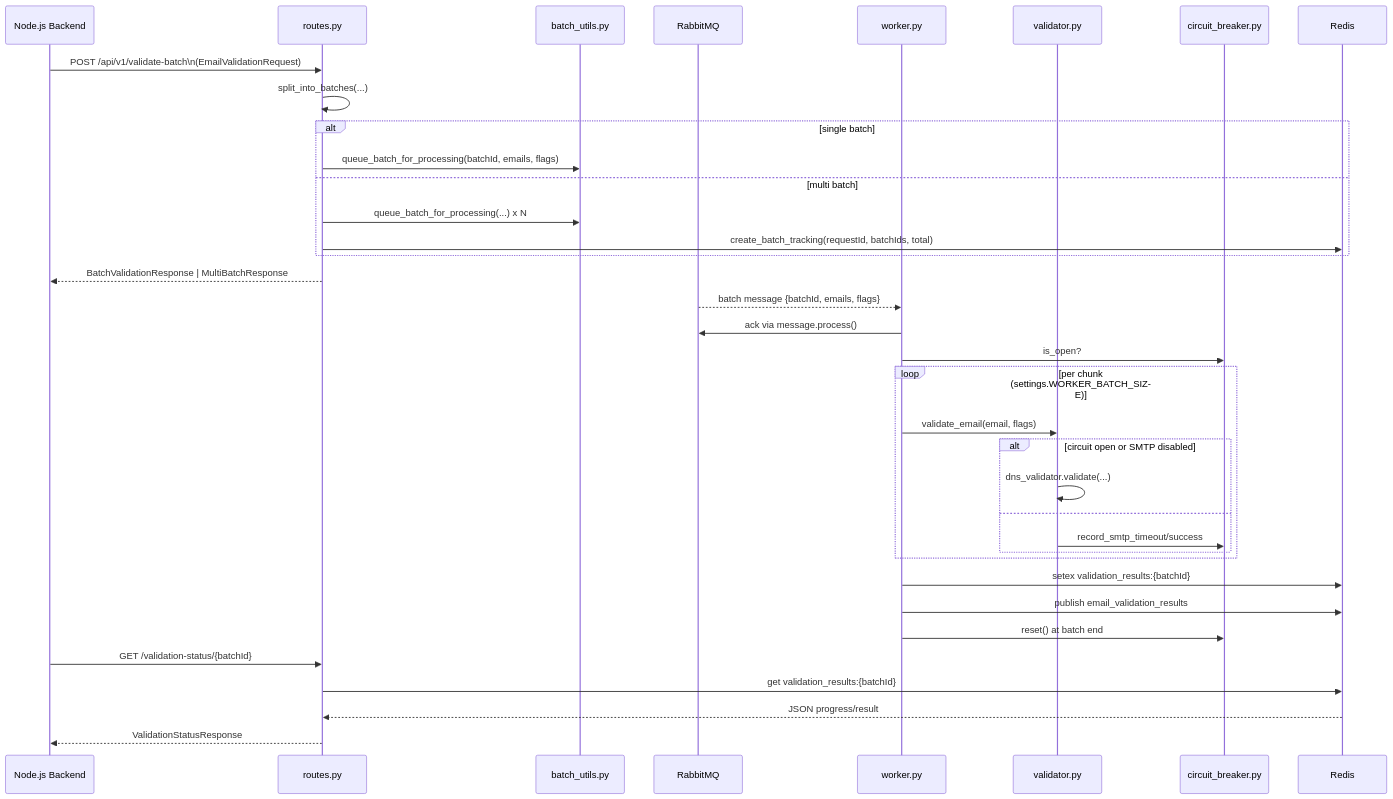
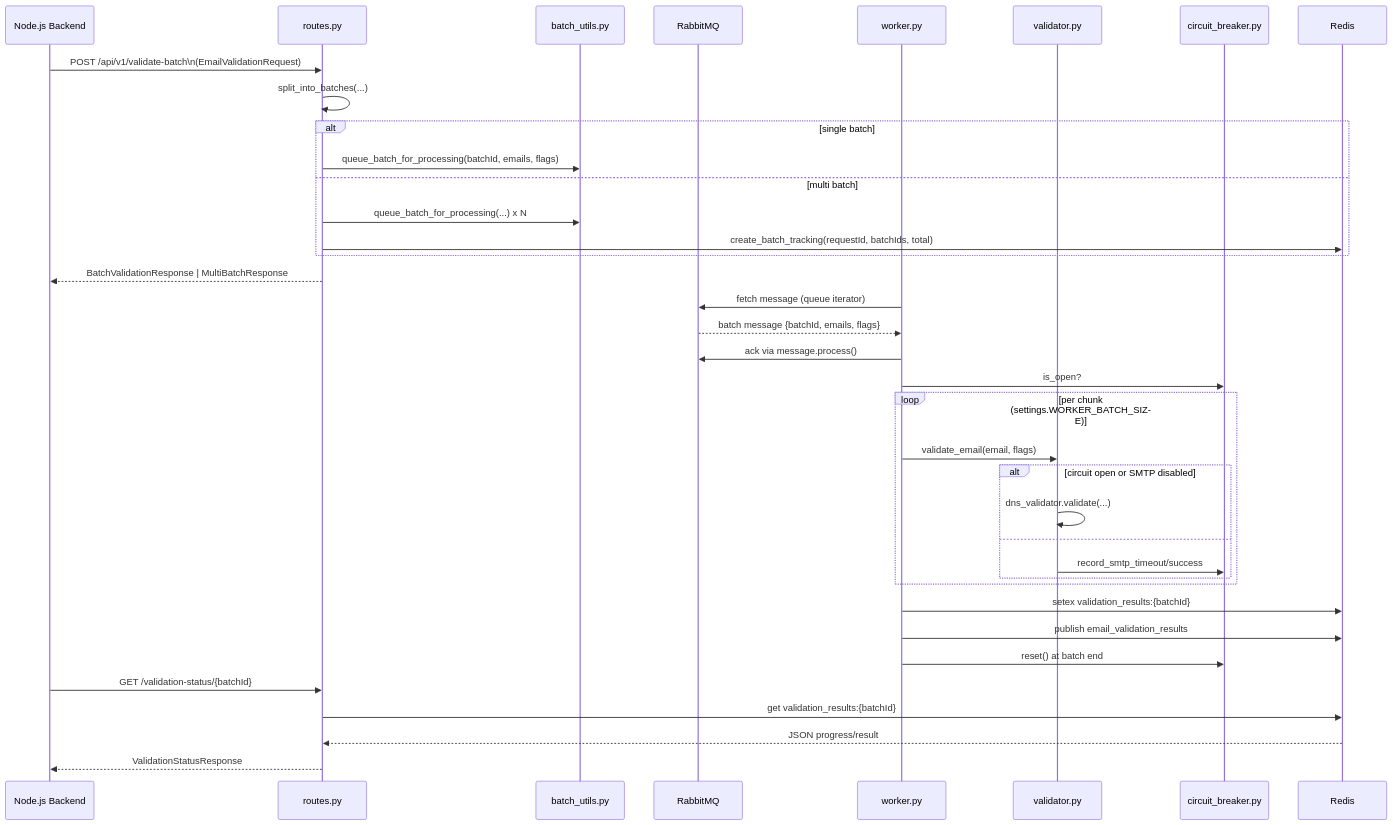
Before and after one commit to hassaanali723/tp-email-verification-tool: the second of 2 diagrams in docs/email-validation-service/overall-architecture.md, drawn with Mermaid.

Commit message:
Clarify message fetch direction in sequence diagram

````diff
--- a/docs/email-validation-service/overall-architecture.md
+++ b/docs/email-validation-service/overall-architecture.md
@@ -39,41 +39,42 @@
 ```mermaid
 sequenceDiagram
     participant Backend as Node.js Backend
     participant Routes as routes.py
     participant BatchUtils as batch_utils.py
     participant Rabbit as RabbitMQ
     participant Worker as worker.py
     participant Validator as validator.py
     participant Circuit as circuit_breaker.py
     participant Redis as Redis
 
     Backend->>Routes: POST /api/v1/validate-batch\n(EmailValidationRequest)
     Routes->>Routes: split_into_batches(...)
     alt single batch
         Routes->>BatchUtils: queue_batch_for_processing(batchId, emails, flags)
     else multi batch
         Routes->>BatchUtils: queue_batch_for_processing(...) x N
         Routes->>Redis: create_batch_tracking(requestId, batchIds, total)
     end
     Routes-->>Backend: BatchValidationResponse | MultiBatchResponse
 
+    Worker->>Rabbit: fetch message (queue iterator)
     Rabbit-->>Worker: batch message {batchId, emails, flags}
     Worker->>Rabbit: ack via message.process()
     Worker->>Circuit: is_open?
     loop per chunk (settings.WORKER_BATCH_SIZE)
         Worker->>Validator: validate_email(email, flags)
         alt circuit open or SMTP disabled
             Validator->>Validator: dns_validator.validate(...)
         else
             Validator->>Circuit: record_smtp_timeout/success
         end
     end
     Worker->>Redis: setex validation_results:{batchId}
     Worker->>Redis: publish email_validation_results
     Worker->>Circuit: reset() at batch end
 
     Backend->>Routes: GET /validation-status/{batchId}
     Routes->>Redis: get validation_results:{batchId}
     Redis-->>Routes: JSON progress/result
     Routes-->>Backend: ValidationStatusResponse
 ```
````
